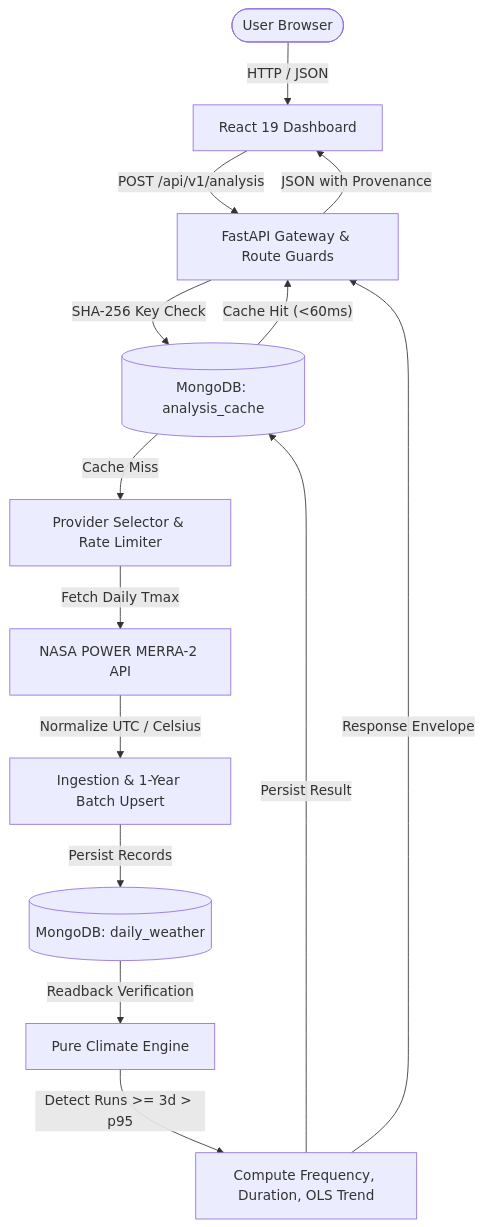
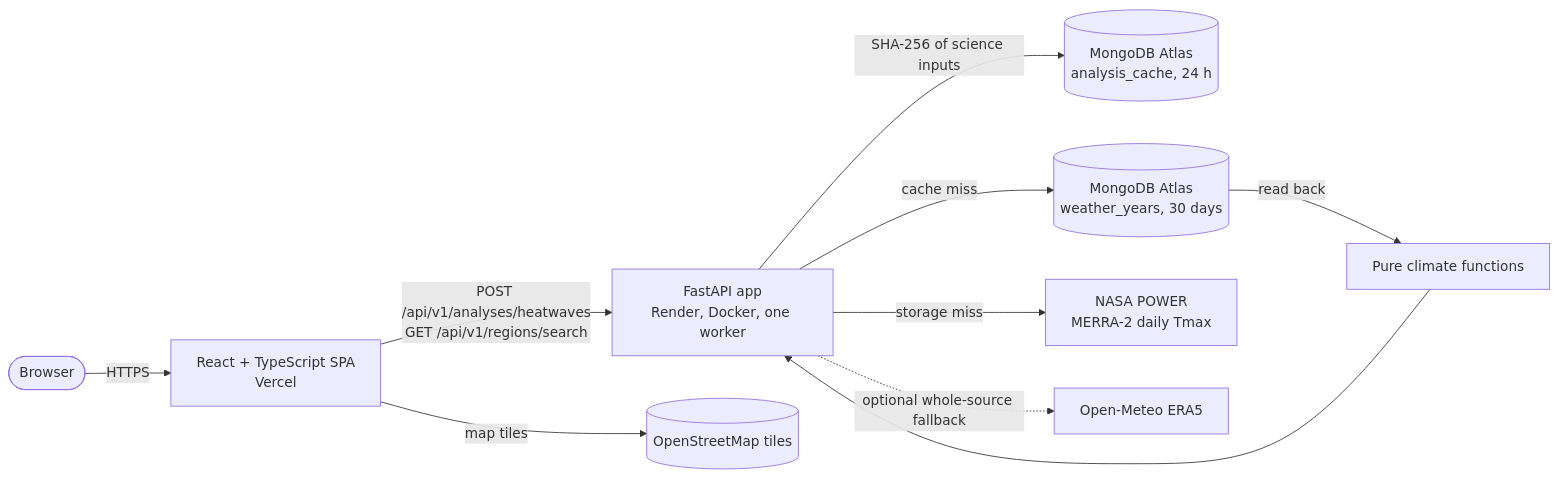
Before and after one commit to amitprasad21/Climate-Hazard-Trend-Analyzer: the diagram in README.md, drawn with Mermaid. The commit also changed other lines of this file and 3 other files, not shown here.

First line of the commit message:
docs(readme): explain architectural decisions and trade-offs

````diff
--- a/README.md
+++ b/README.md
@@ -35,16 +28,12 @@
 ```mermaid
-flowchart TD
-    User([User Browser]) -->|HTTP / JSON| Frontend[React 19 Dashboard]
-    Frontend -->|POST /api/v1/analysis| API[FastAPI Gateway & Route Guards]
-    API -->|SHA-256 Key Check| Cache[(MongoDB: analysis_cache)]
-    Cache -- Cache Hit (<60ms) --> API
-    Cache -- Cache Miss --> Selector[Provider Selector & Rate Limiter]
-    Selector -->|Fetch Daily Tmax| NASA[NASA POWER MERRA-2 API]
-    NASA -->|Normalize UTC / Celsius| Ingestion[Ingestion & 1-Year Batch Upsert]
-    Ingestion -->|Persist Records| WeatherDB[(MongoDB: daily_weather)]
-    WeatherDB -->|Readback Verification| Engine[Pure Climate Engine]
-    Engine -->|Detect Runs >= 3d > p95| Metrics[Compute Frequency, Duration, OLS Trend]
-    Metrics -->|Persist Result| Cache
-    Metrics -->|Response Envelope| API
-    API -->|JSON with Provenance| Frontend
+flowchart LR
+    User([Browser]) -->|HTTPS| Web[React + TypeScript SPA<br/>Vercel]
+    Web -->|POST /api/v1/analyses/heatwaves<br/>GET /api/v1/regions/search| API[FastAPI app<br/>Render, Docker, one worker]
+    Web -->|map tiles| OSM[(OpenStreetMap tiles)]
+    API -->|SHA-256 of science inputs| Cache[(MongoDB Atlas<br/>analysis_cache, 24 h)]
+    API -->|cache miss| Weather[(MongoDB Atlas<br/>weather_years, 30 days)]
+    API -->|storage miss| NASA[NASA POWER<br/>MERRA-2 daily Tmax]
+    API -.->|optional whole-source fallback| ERA5[Open-Meteo ERA5]
+    Weather -->|read back| Engine[Pure climate functions]
+    Engine --> API
 ```
````
